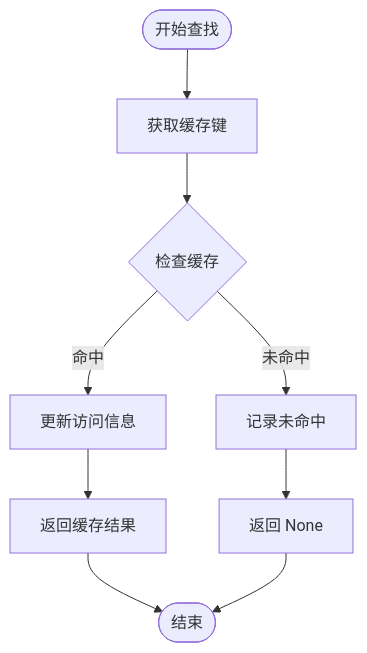
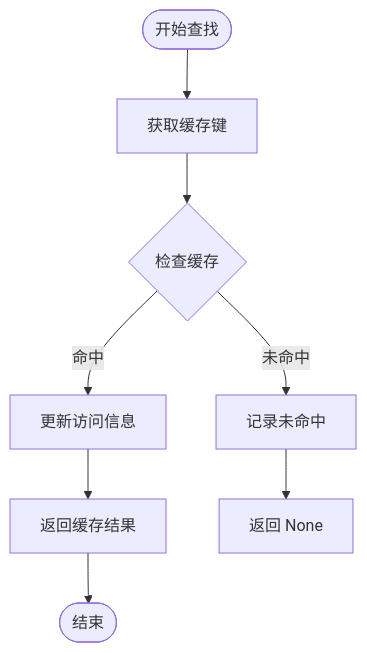
One commit to itszzl-sudo/iris changed the fourth of 7 diagrams in .qoder/repowiki/zh/content/技术架构详解/布局样式系统/iris-layout布局引擎/布局缓存系统.md. Above: the diagram before and after it, drawn with Mermaid. The commit also changed other lines of this file and 23 other files, not shown here.

````diff
--- a/.qoder/repowiki/zh/content/技术架构详解/布局样式系统/iris-layout布局引擎/布局缓存系统.md
+++ b/.qoder/repowiki/zh/content/技术架构详解/布局样式系统/iris-layout布局引擎/布局缓存系统.md
@@ -192,11 +200,10 @@
 ```mermaid
 flowchart TD
 Start([开始查找]) --> GetKey["获取缓存键"]
 GetKey --> CheckCache{"检查缓存"}
 CheckCache --> |命中| UpdateAccess["更新访问信息"]
 CheckCache --> |未命中| RecordMiss["记录未命中"]
 UpdateAccess --> ReturnHit["返回缓存结果"]
 RecordMiss --> ReturnNone["返回 None"]
 ReturnHit --> End([结束])
-ReturnNone --> End
 ```
````
